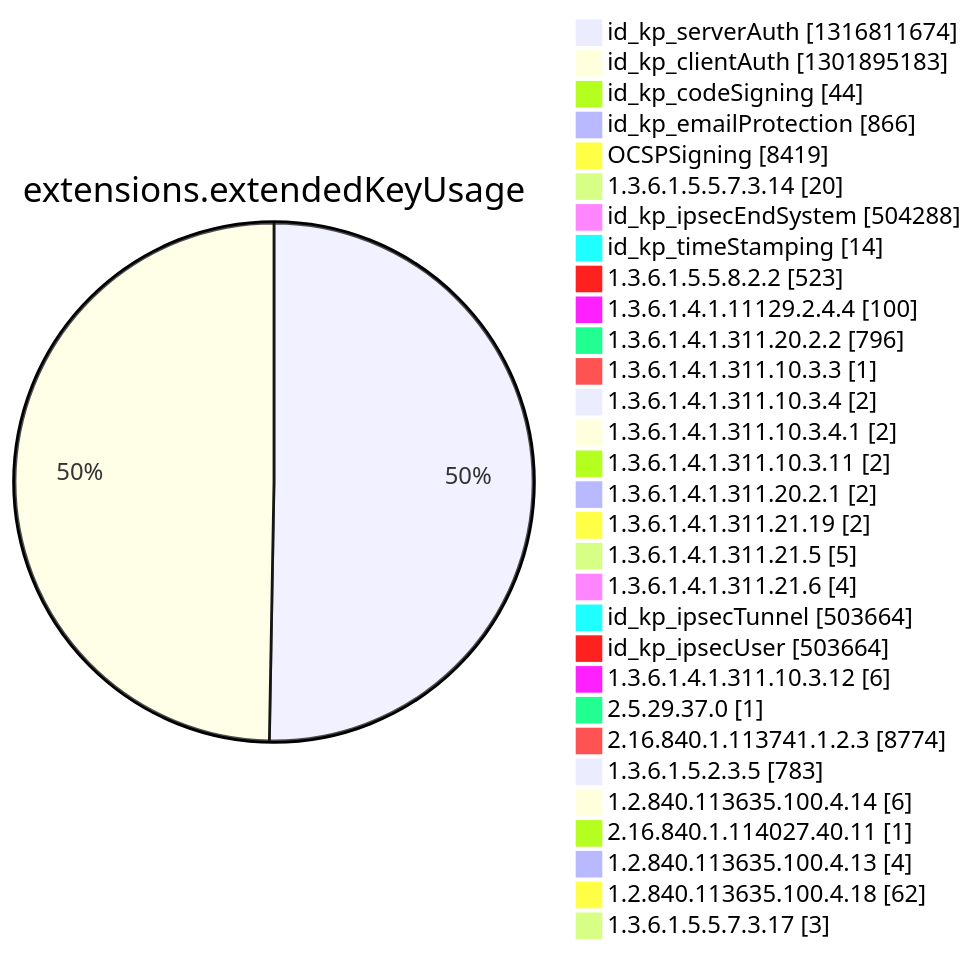
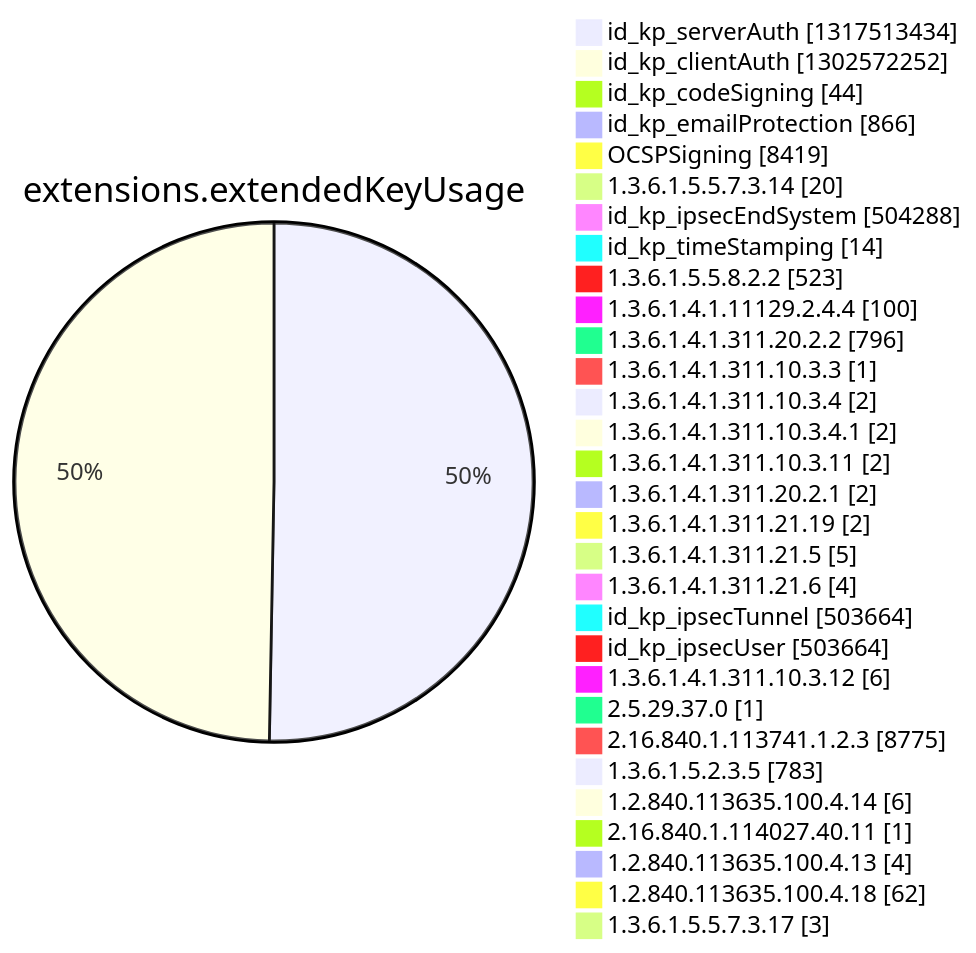
Diagram 12 of 15 in argon2022/README.md (christiankrug/ctmonitor_visualization), drawn with Mermaid before and after one commit. The commit also changed other lines of this file, not shown here.

````diff
--- a/argon2022/README.md
+++ b/argon2022/README.md
@@ -3552,34 +3552,34 @@
 ```mermaid
 pie showData
 title extensions.extendedKeyUsage
-"id_kp_serverAuth" :1316811674
-"id_kp_clientAuth" :1301895183
+"id_kp_serverAuth" :1317513434
+"id_kp_clientAuth" :1302572252
 "id_kp_codeSigning" :44
 "id_kp_emailProtection" :866
 "OCSPSigning" :8419
 "1.3.6.1.5.5.7.3.14" :20
 "id_kp_ipsecEndSystem" :504288
 "id_kp_timeStamping" :14
 "1.3.6.1.5.5.8.2.2" :523
 "1.3.6.1.4.1.11129.2.4.4" :100
 "1.3.6.1.4.1.311.20.2.2" :796
 "1.3.6.1.4.1.311.10.3.3" :1
 "1.3.6.1.4.1.311.10.3.4" :2
 "1.3.6.1.4.1.311.10.3.4.1" :2
 "1.3.6.1.4.1.311.10.3.11" :2
 "1.3.6.1.4.1.311.20.2.1" :2
 "1.3.6.1.4.1.311.21.19" :2
 "1.3.6.1.4.1.311.21.5" :5
 "1.3.6.1.4.1.311.21.6" :4
 "id_kp_ipsecTunnel" :503664
 "id_kp_ipsecUser" :503664
 "1.3.6.1.4.1.311.10.3.12" :6
 "2.5.29.37.0" :1
-"2.16.840.1.113741.1.2.3" :8774
+"2.16.840.1.113741.1.2.3" :8775
 "1.3.6.1.5.2.3.5" :783
 "1.2.840.113635.100.4.14" :6
 "2.16.840.1.114027.40.11" :1
 "1.2.840.113635.100.4.13" :4
 "1.2.840.113635.100.4.18" :62
 "1.3.6.1.5.5.7.3.17" :3
 ```
````
